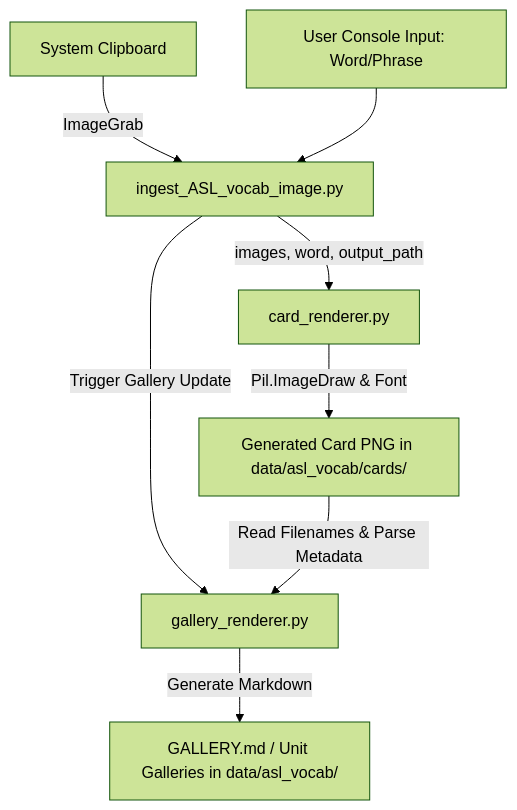
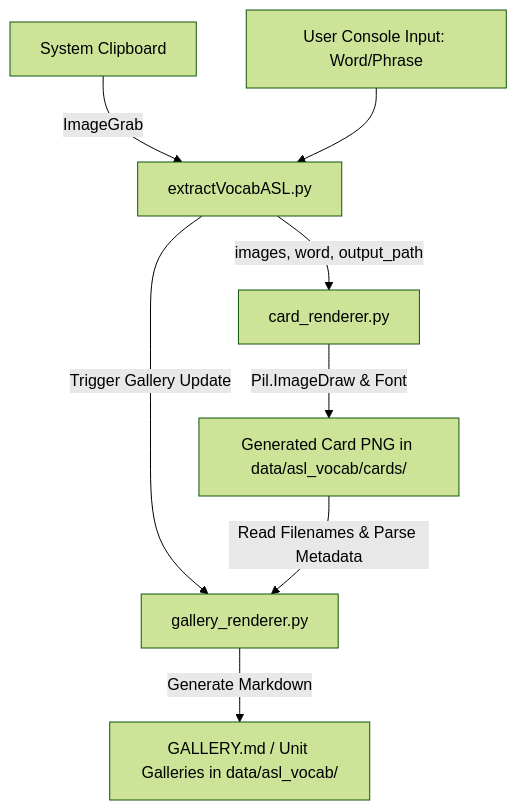
One commit to oliveroliverio/NL-ASL_Vocab_Extractor changed the diagram in README.md. Above: the diagram before and after it, drawn with Mermaid (forest theme). The commit also changed other lines of this file and 3 other files, not shown here.

Commit message:
REFACTOR: Rename ingest_ASL_vocab_image.py to extractVocabASL.py and make executable from anywhere in PATH

````diff
--- a/README.md
+++ b/README.md
@@ -17,10 +17,10 @@
 ```mermaid
 graph TD
-    Clipboard[System Clipboard] -->|ImageGrab| IngestScript[ingest_ASL_vocab_image.py]
+    Clipboard[System Clipboard] -->|ImageGrab| IngestScript[extractVocabASL.py]
     UserPrompt[User Console Input: Word/Phrase] --> IngestScript
     IngestScript -->|images, word, output_path| CardRenderer[card_renderer.py]
     CardRenderer -->|Pil.ImageDraw & Font| CardFile[Generated Card PNG in data/asl_vocab/cards/]
     IngestScript -->|Trigger Gallery Update| GalleryRenderer[gallery_renderer.py]
     CardFile -->|Read Filenames & Parse Metadata| GalleryRenderer
     GalleryRenderer -->|Generate Markdown| GalleryMarkdown[GALLERY.md / Unit Galleries in data/asl_vocab/]
 ```
````
